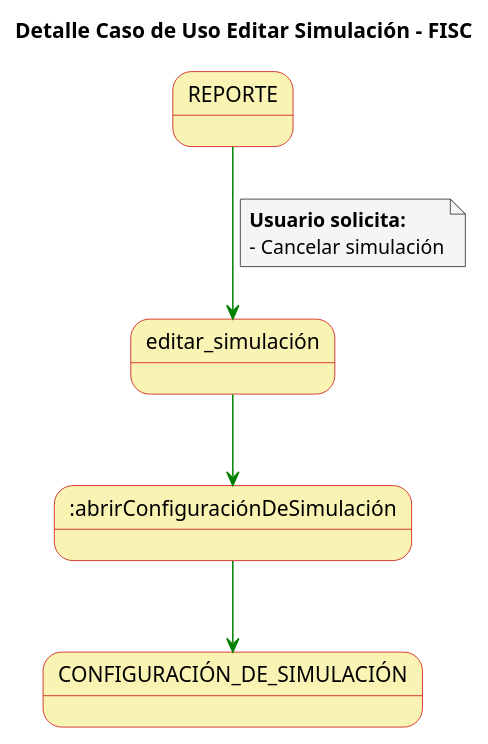
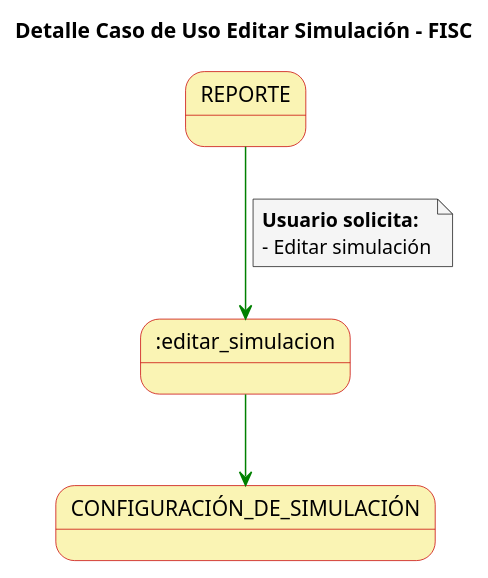
The diagram in casosDeUso/detallesCasosUso/detalleCasoUsoEditarSimulacion.puml (mmasias/23-24-IdSw1-SDR), drawn with PlantUML before and after one commit. The commit also changed 10 other files, not shown here.

```diff
--- a/casosDeUso/detallesCasosUso/detalleCasoUsoEditarSimulacion.puml
+++ b/casosDeUso/detallesCasosUso/detalleCasoUsoEditarSimulacion.puml
@@ -1,26 +1,25 @@
 @startuml
 
 skinparam state {
   BackgroundColor #faf4b4
   BorderColor #c90000
 }
 
 skinparam note {
   BackgroundColor #f5f5f5
 }
 
 skinparam linetype polyline
 
 title Detalle Caso de Uso Editar Simulación - FISC
 
 
-REPORTE -[#green]-> editar_simulación
+REPORTE -[#green]-> :editar_simulacion 
 note on link
   **Usuario solicita:**
-  - Cancelar simulación
+  - Editar simulación
 end note
-
-editar_simulación-[#green]-> :abrirConfiguraciónDeSimulación
-:abrirConfiguraciónDeSimulación-[#green]-> CONFIGURACIÓN_DE_SIMULACIÓN
+  
+:editar_simulacion -[#green]-> CONFIGURACIÓN_DE_SIMULACIÓN
 
 @enduml
```
